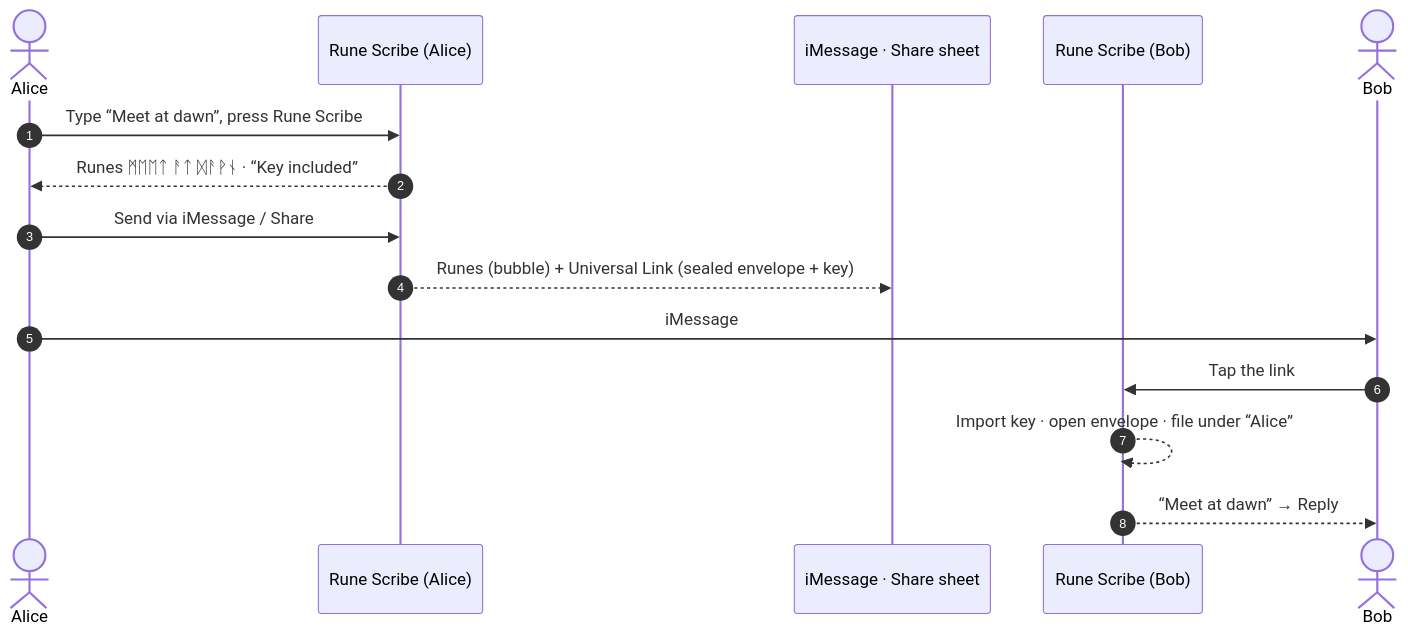
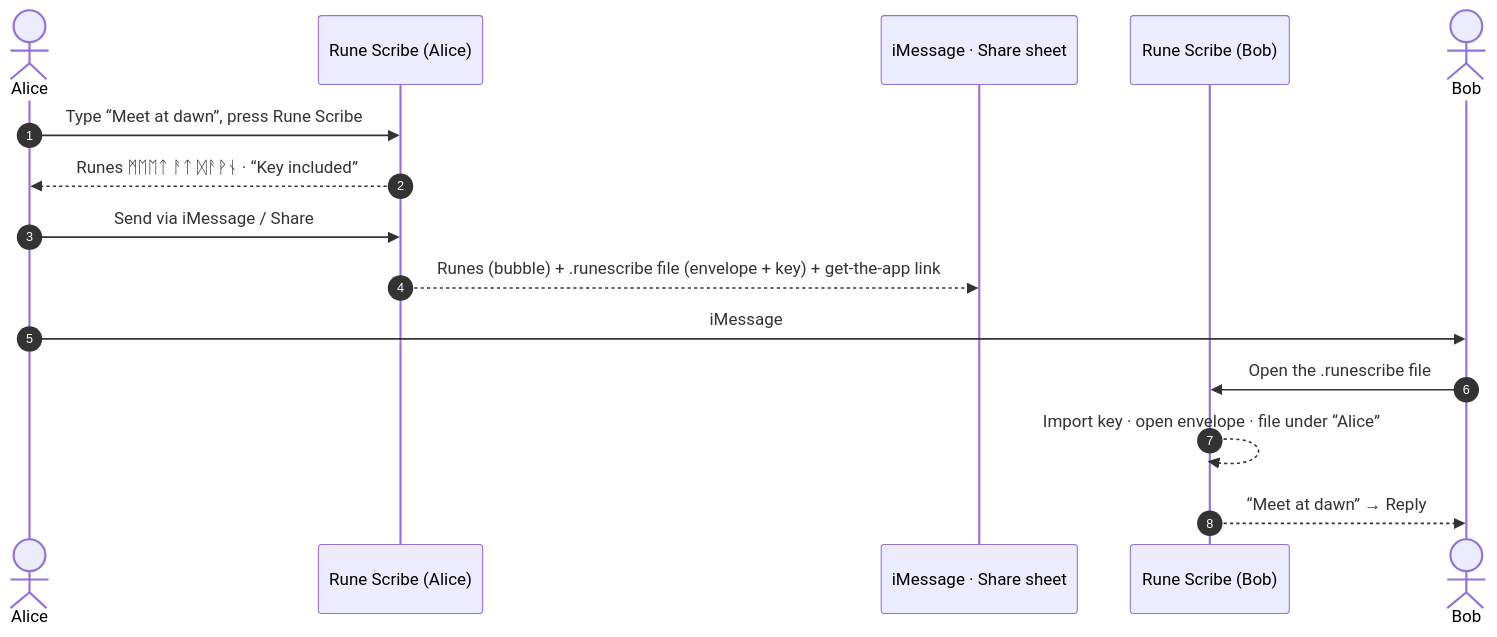
The second of 3 diagrams in README.md (flynn33/rune-scribe), drawn with Mermaid before and after one commit. The commit also changed other lines of this file, not shown here.

````diff
--- a/README.md
+++ b/README.md
@@ -165,18 +169,18 @@
 ```mermaid
 sequenceDiagram
     autonumber
     actor Alice
     participant App1 as Rune Scribe (Alice)
     participant Msg as iMessage · Share sheet
     participant App2 as Rune Scribe (Bob)
     actor Bob
 
     Alice->>App1: Type “Meet at dawn”, press Rune Scribe
     App1-->>Alice: Runes  ᛗᛖᛖᛏ ᚨᛏ ᛞᚨᚹᚾ  ·  “Key included”
     Alice->>App1: Send via iMessage / Share
-    App1-->>Msg: Runes (bubble) + Universal Link (sealed envelope + key)
+    App1-->>Msg: Runes (bubble) + .runescribe file (envelope + key) + get-the-app link
     Alice->>Bob: iMessage
-    Bob->>App2: Tap the link
+    Bob->>App2: Open the .runescribe file
     App2-->>App2: Import key · open envelope · file under “Alice”
     App2-->>Bob: “Meet at dawn”  → Reply
 ```
````
